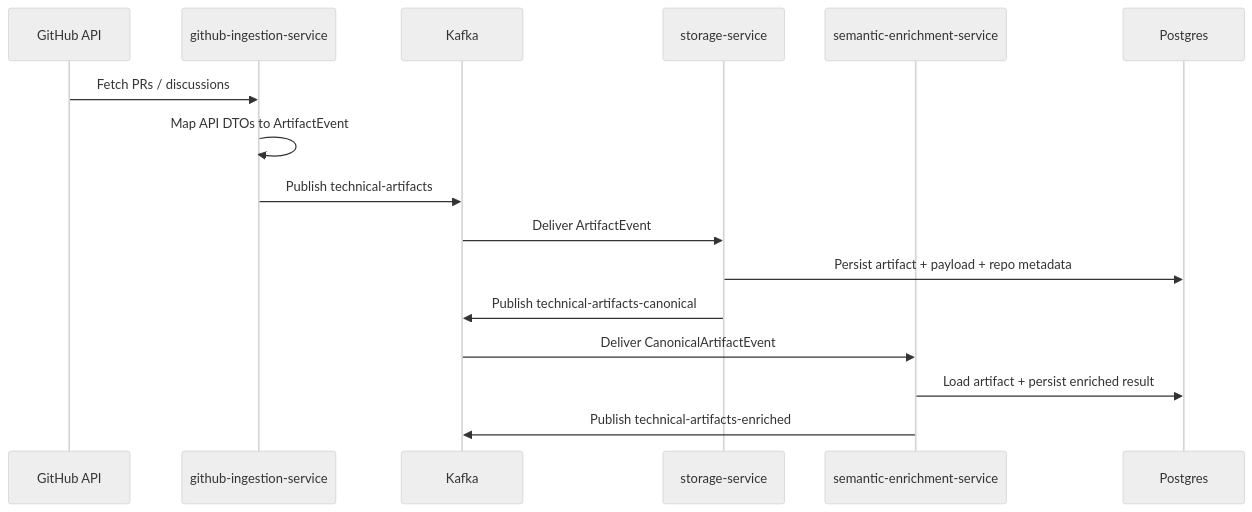
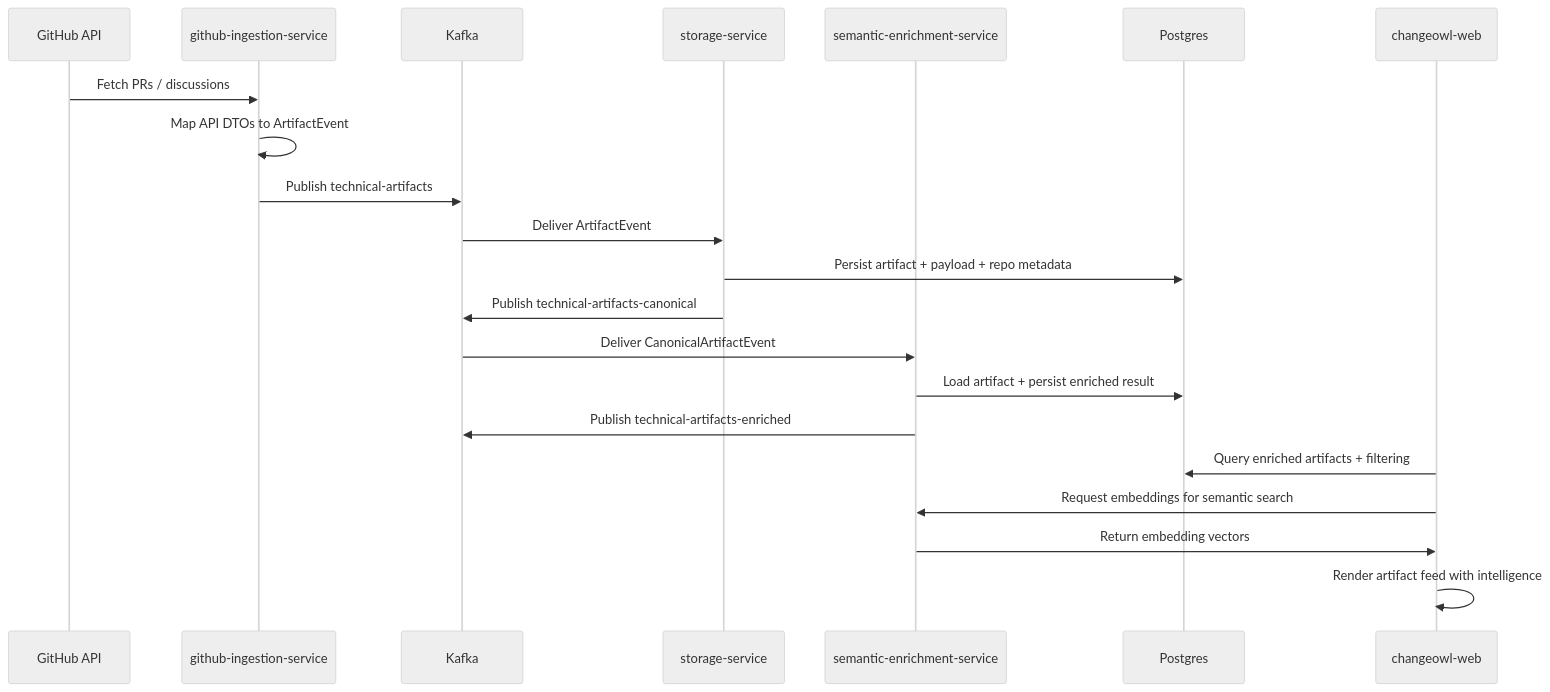
One commit to sivaanand13/change-owl changed the second of 2 diagrams in README.md. Above: the diagram before and after it, drawn with Mermaid (neutral theme). The commit also changed other lines of this file and 53 other files, not shown here.

Commit message:
add artifact intelligence feed, detail pages, and semantic search started terraform setup

````diff
--- a/README.md
+++ b/README.md
@@ -59,19 +72,24 @@
 ```mermaid
 sequenceDiagram
 	participant GitHub as GitHub API
 	participant Ingestion as github-ingestion-service
 	participant Kafka as Kafka
 	participant Storage as storage-service
 	participant Semantic as semantic-enrichment-service
 	participant Postgres as Postgres
+	participant Frontend as changeowl-web
 
 	GitHub->>Ingestion: Fetch PRs / discussions
 	Ingestion->>Ingestion: Map API DTOs to ArtifactEvent
 	Ingestion->>Kafka: Publish technical-artifacts
 	Kafka->>Storage: Deliver ArtifactEvent
 	Storage->>Postgres: Persist artifact + payload + repo metadata
 	Storage->>Kafka: Publish technical-artifacts-canonical
 	Kafka->>Semantic: Deliver CanonicalArtifactEvent
 	Semantic->>Postgres: Load artifact + persist enriched result
 	Semantic->>Kafka: Publish technical-artifacts-enriched
+	Frontend->>Postgres: Query enriched artifacts + filtering
+	Frontend->>Semantic: Request embeddings for semantic search
+	Semantic->>Frontend: Return embedding vectors
+	Frontend->>Frontend: Render artifact feed with intelligence
 ```
````
